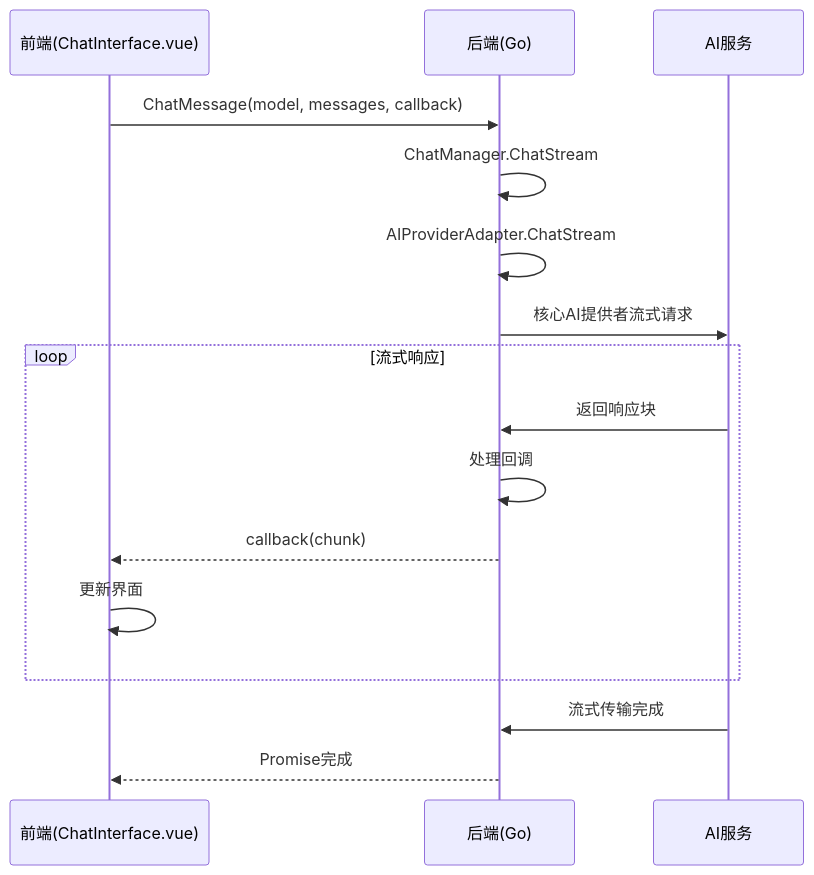
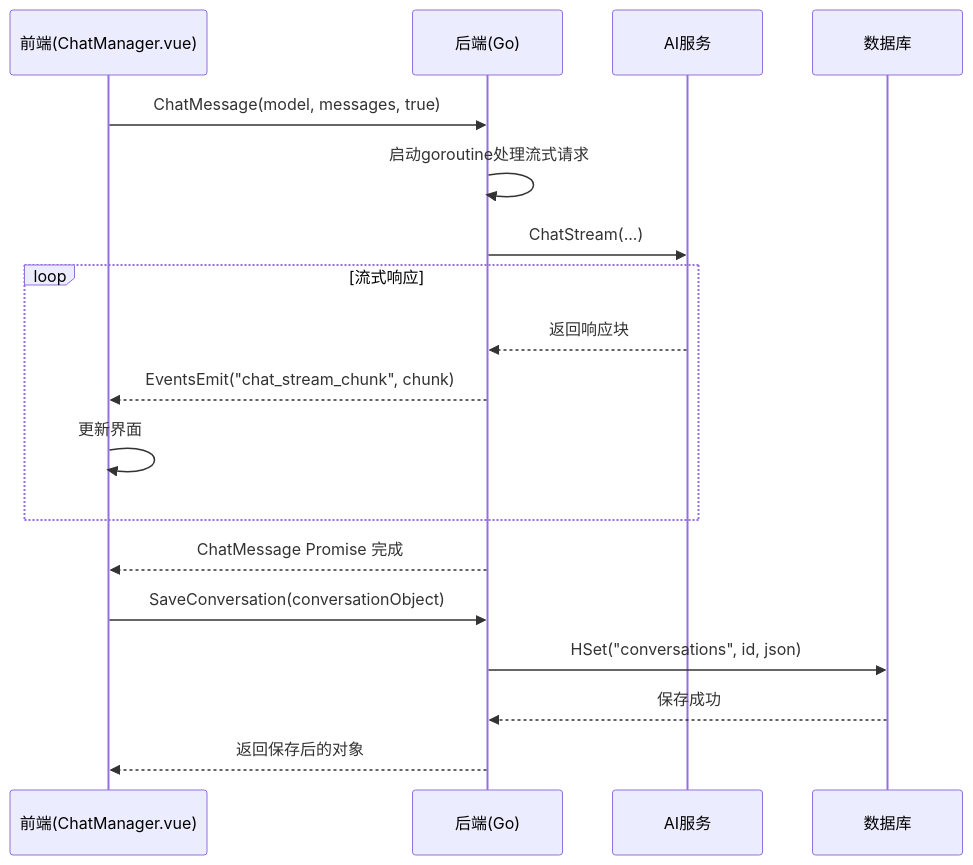
Before and after one commit to fzxs8/tools-ollama: the diagram in docs/设计/chat_manager/04.API接口.md, drawn with Mermaid. The commit also changed other lines of this file and 12 other files, not shown here.

````diff
--- a/docs/设计/chat_manager/04.API接口.md
+++ b/docs/设计/chat_manager/04.API接口.md
@@ -258,19 +60,21 @@
 ```mermaid
 sequenceDiagram
-    participant F as 前端(ChatInterface.vue)
+    participant F as 前端(ChatManager.vue)
     participant B as 后端(Go)
     participant AI as AI服务
-    
-    F->>B: ChatMessage(model, messages, callback)
-    B->>B: ChatManager.ChatStream
-    B->>B: AIProviderAdapter.ChatStream
-    B->>AI: 核心AI提供者流式请求
+    participant Store as 数据库
+
+    F->>B: ChatMessage(model, messages, true)
+    B->>B: 启动goroutine处理流式请求
+    B->>AI: ChatStream(...)
     loop 流式响应
-        AI->>B: 返回响应块
-        B->>B: 处理回调
-        B-->>F: callback(chunk)
+        AI-->>B: 返回响应块
+        B-->>F: EventsEmit("chat_stream_chunk", chunk)
         F->>F: 更新界面
     end
-    AI->>B: 流式传输完成
-    B-->>F: Promise完成
+    B-->>F: ChatMessage Promise 完成
+    F->>B: SaveConversation(conversationObject)
+    B->>Store: HSet("conversations", id, json)
+    Store-->>B: 保存成功
+    B-->>F: 返回保存后的对象
 ```
````
